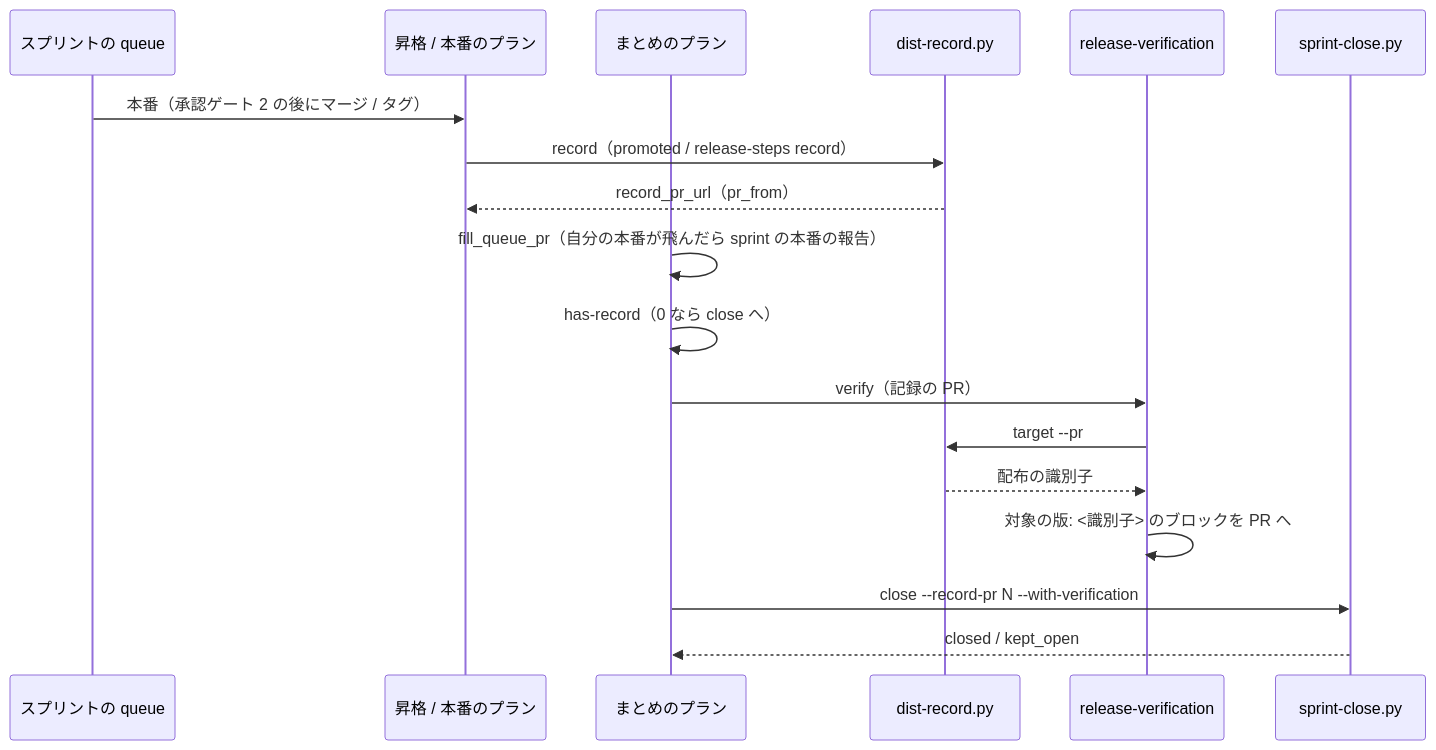
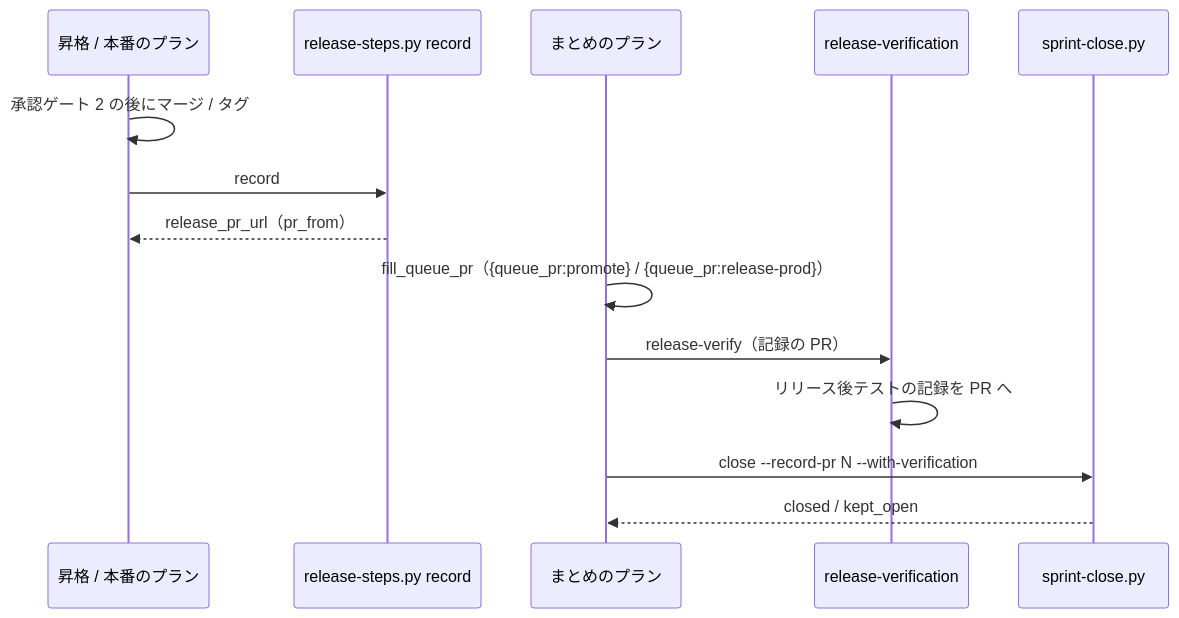
One commit to devbasex/ai-plugins changed the second of 2 diagrams in issues/issue-1870-design.md. Above: the diagram before and after it, drawn with Mermaid. The commit also changed other lines of this file and 3 other files, not shown here.

````diff
--- a/issues/issue-1870-design.md
+++ b/issues/issue-1870-design.md
@@ -233,20 +163,16 @@
 ```mermaid
 sequenceDiagram
-  participant S as スプリントの queue
   participant P as 昇格 / 本番のプラン
+  participant R as release-steps.py record
   participant C as まとめのプラン
-  participant D as dist-record.py
   participant V as release-verification
   participant X as sprint-close.py
-  S->>P: 本番（承認ゲート 2 の後にマージ / タグ）
-  P->>D: record（promoted / release-steps record）
-  D-->>P: record_pr_url（pr_from）
-  C->>C: fill_queue_pr（自分の本番が飛んだら sprint の本番の報告）
-  C->>C: has-record（0 なら close へ）
-  C->>V: verify（記録の PR）
-  V->>D: target --pr
-  D-->>V: 配布の識別子
-  V->>V: 対象の版: <識別子> のブロックを PR へ
+  P->>P: 承認ゲート 2 の後にマージ / タグ
+  P->>R: record
+  R-->>P: release_pr_url（pr_from）
+  C->>C: fill_queue_pr（{queue_pr:promote} / {queue_pr:release-prod}）
+  C->>V: release-verify（記録の PR）
+  V->>V: リリース後テストの記録を PR へ
   C->>X: close --record-pr N --with-verification
   X-->>C: closed / kept_open
 ```
````
